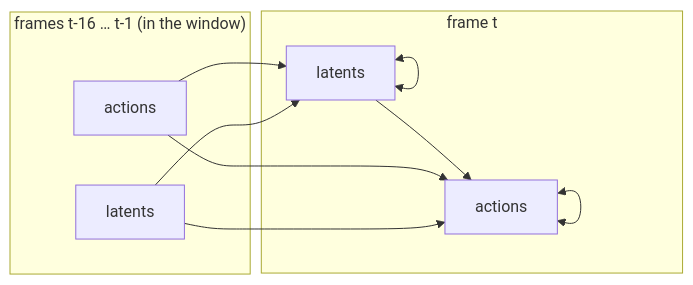
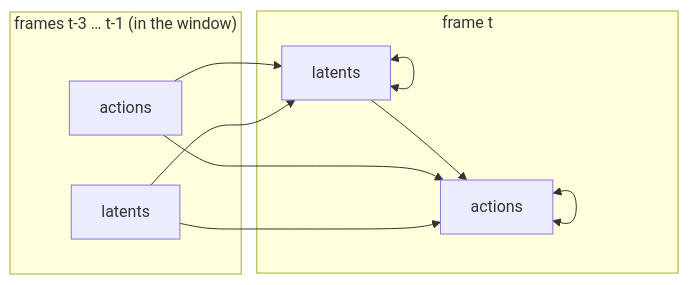
Before and after one commit to pts1667/zk-ArenaAI: the fourth of 11 diagrams in docs/model.md, drawn with Mermaid. The commit also changed other lines of this file and 39 other files, not shown here.

````diff
--- a/docs/model.md
+++ b/docs/model.md
@@ -146,18 +148,18 @@
 ```mermaid
 flowchart LR
-    subgraph past ["frames t-16 … t-1 (in the window)"]
+    subgraph past ["frames t-3 … t-1 (in the window)"]
         PL["latents"]
         PA["actions"]
     end
     subgraph now ["frame t"]
         NL["latents"]
         NA["actions"]
     end
     PL --> NL
     PA --> NL
     PL --> NA
     PA --> NA
     NL <--> NL
     NL --> NA
     NA <--> NA
 ```
````
